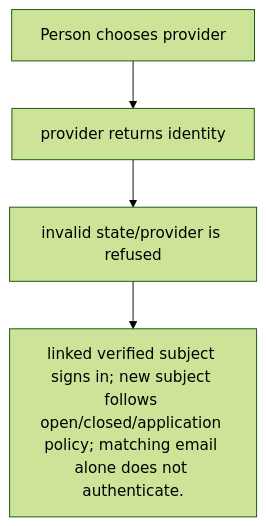
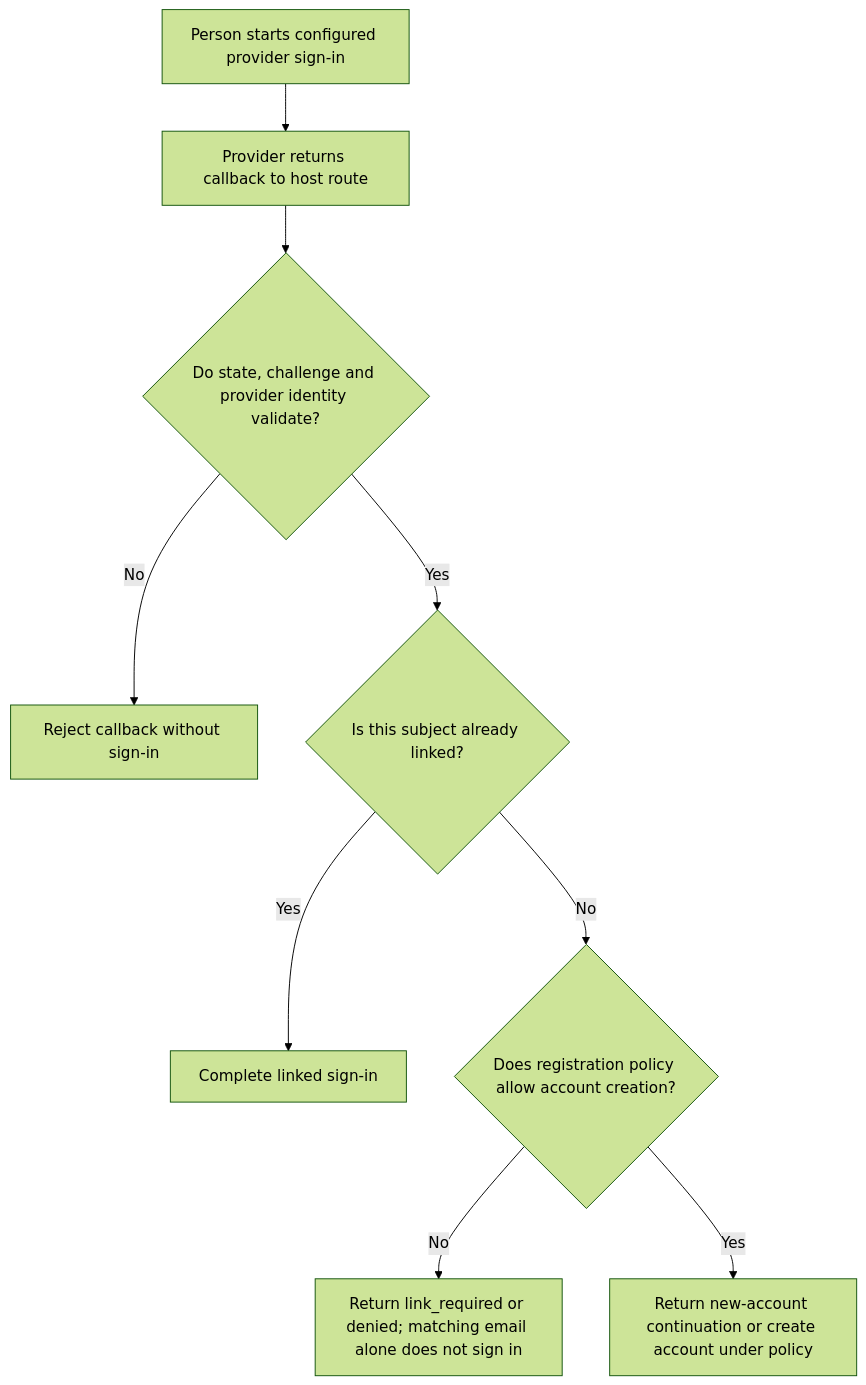
The first of 2 diagrams in user-stories/US-ACCOUNT-20-social-sign-in.md (Kevinjohn/oss-adonisjs-account-kit), drawn with Mermaid (forest theme) before and after one commit. The commit also changed other lines of this file and 9 other files, not shown here.

````diff
--- a/user-stories/US-ACCOUNT-20-social-sign-in.md
+++ b/user-stories/US-ACCOUNT-20-social-sign-in.md
@@ -20,10 +18,11 @@
 ```mermaid
 flowchart TD
-    U0["Person chooses provider"]
-    U1["provider returns identity"]
-    U0 --> U1
-    U2["invalid state/provider is refused"]
-    U1 --> U2
-    U3["linked verified subject signs in; new subject follows open/closed/application policy; matching email alone does not authenticate."]
-    U2 --> U3
+ A["Person starts configured provider sign-in"] --> B["Provider returns callback to host route"]
+ B --> C{"Do state, challenge and provider identity validate?"}
+ C -->|No| D["Reject callback without sign-in"]
+ C -->|Yes| E{"Is this subject already linked?"}
+ E -->|Yes| F["Complete linked sign-in"]
+ E -->|No| G{"Does registration policy allow account creation?"}
+ G -->|No| H["Return link_required or denied; matching email alone does not sign in"]
+ G -->|Yes| I["Return new-account continuation or create account under policy"]
 ```
````
